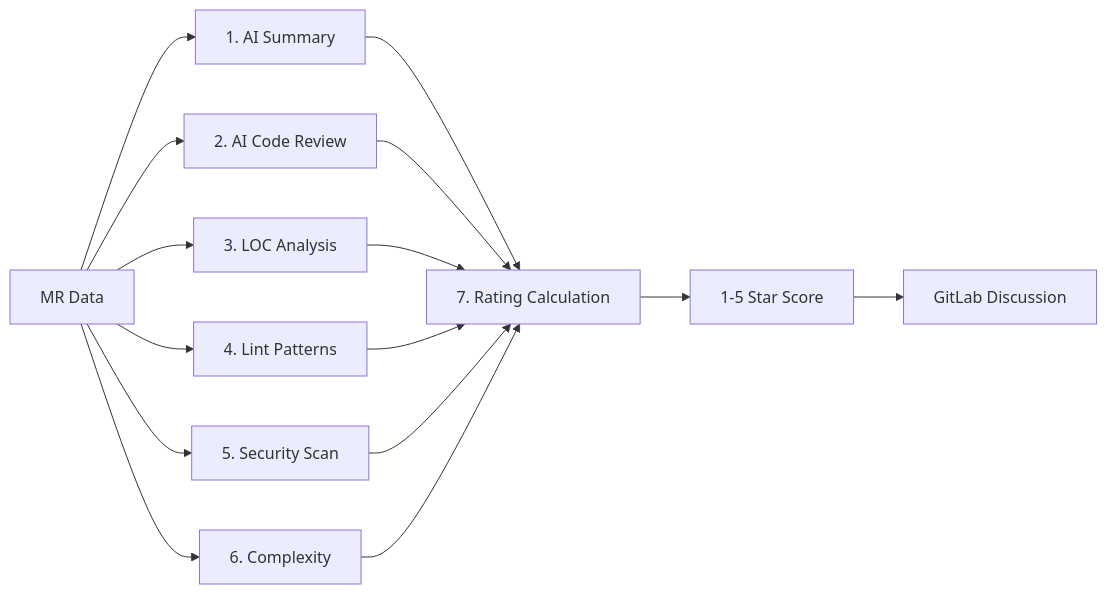
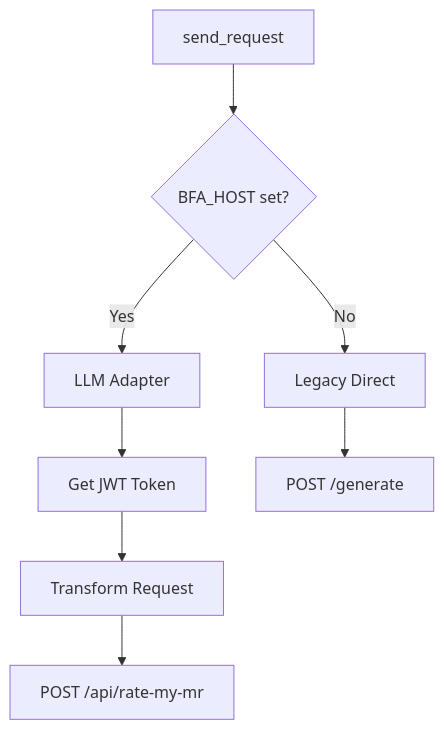
The third of 6 diagrams in ARCHITECTURE.md (vigneshpalanivelr/commit-validator), drawn with Mermaid before and after one commit. The commit also changed other lines of this file and 7 other files, not shown here.

````diff
--- a/ARCHITECTURE.md
+++ b/ARCHITECTURE.md
@@ -884,17 +112,10 @@
 ```mermaid
-flowchart LR
-    A[MR Data] --> B[1. AI Summary]
-    A --> C[2. AI Code Review]
-    A --> D[3. LOC Analysis]
-    A --> E[4. Lint Patterns]
-    A --> F[5. Security Scan]
-    A --> G[6. Complexity]
-    B --> H[7. Rating Calculation]
-    C --> H
-    D --> H
-    E --> H
-    F --> H
-    G --> H
-    H --> I[1-5 Star Score]
-    I --> J[GitLab Discussion]
+flowchart TD
+    A[send_request] --> B{BFA_HOST set?}
+    B -->|Yes| C[LLM Adapter]
+    B -->|No| D[Legacy Direct]
+    C --> E[Get JWT Token]
+    E --> F[Transform Request]
+    F --> G[POST /api/rate-my-mr]
+    D --> H[POST /generate]
 ```
````
